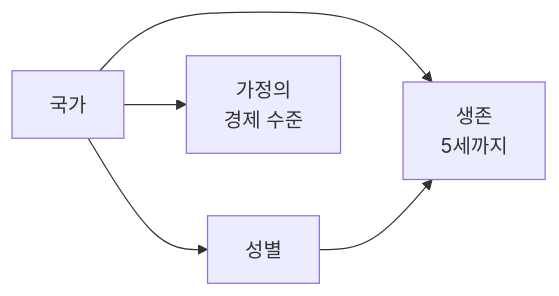
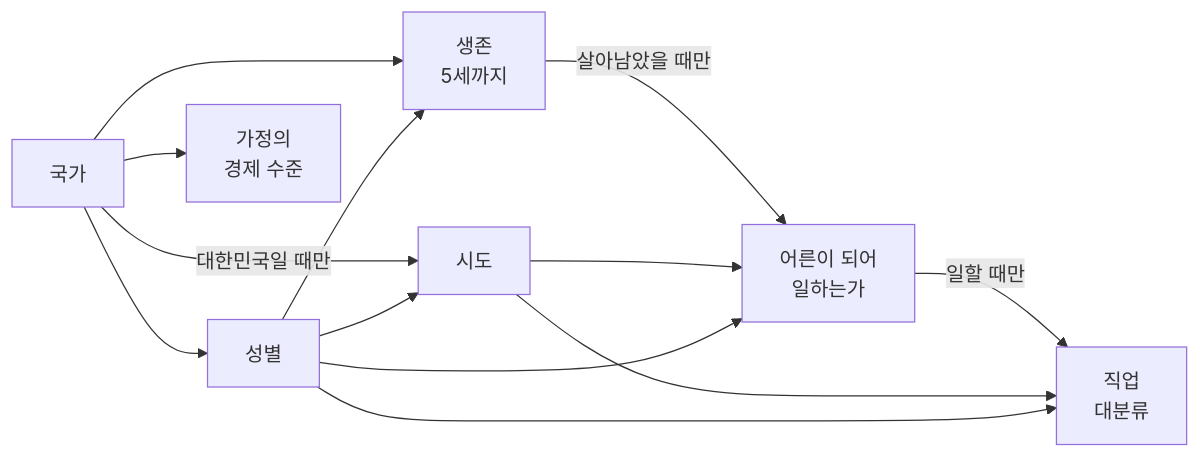
One commit to wallaby150/ai_service_engineering-track_a changed the diagram in docs/probability-model.md. Above: the diagram before and after it, drawn with Mermaid. The commit also changed other lines of this file and 6 other files, not shown here.

````diff
--- a/docs/probability-model.md
+++ b/docs/probability-model.md
@@ -9,7 +9,15 @@
 ```mermaid
 flowchart LR
   C[국가] --> S[성별]
   C --> V[생존<br/>5세까지]
   S --> V
   C --> E[가정의<br/>경제 수준]
+  C -->|대한민국일 때만| P[시도]
+  S --> P
+  V -->|살아남았을 때만| J[어른이 되어<br/>일하는가]
+  P --> J
+  S --> J
+  J -->|일할 때만| O[직업<br/>대분류]
+  P --> O
+  S --> O
 ```
````
